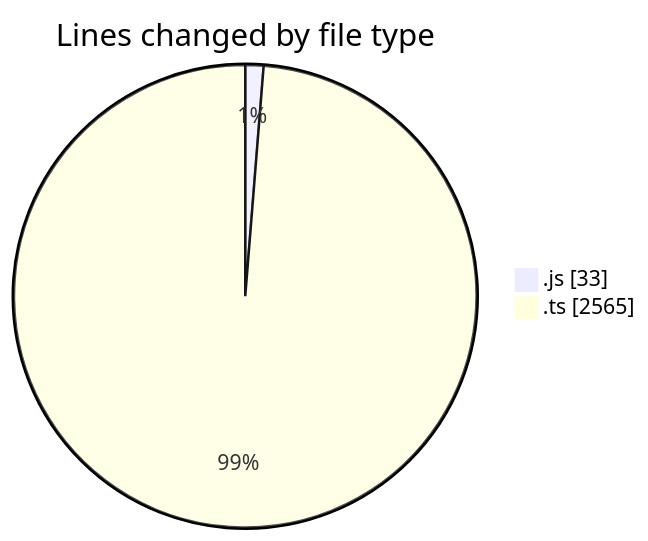
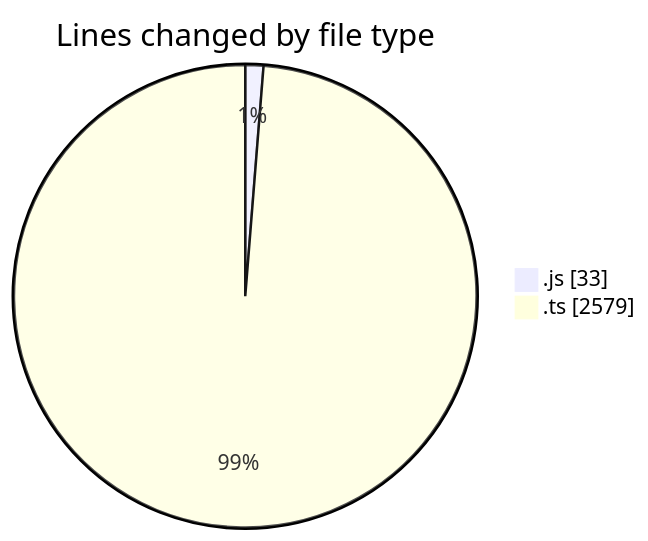
One commit to momahboobian/code-tracking changed the first of 2 diagrams in 2025-09-08/cda/README.md. Above: the diagram before and after it, drawn with Mermaid. The commit also changed other lines of this file and 1 other file, not shown here.

````diff
--- a/2025-09-08/cda/README.md
+++ b/2025-09-08/cda/README.md
@@ -23,6 +23,6 @@
 ```mermaid
 pie showData
 title Lines changed by file type
 ".js" : 33
-".ts" : 2565
+".ts" : 2579
 ```
````
